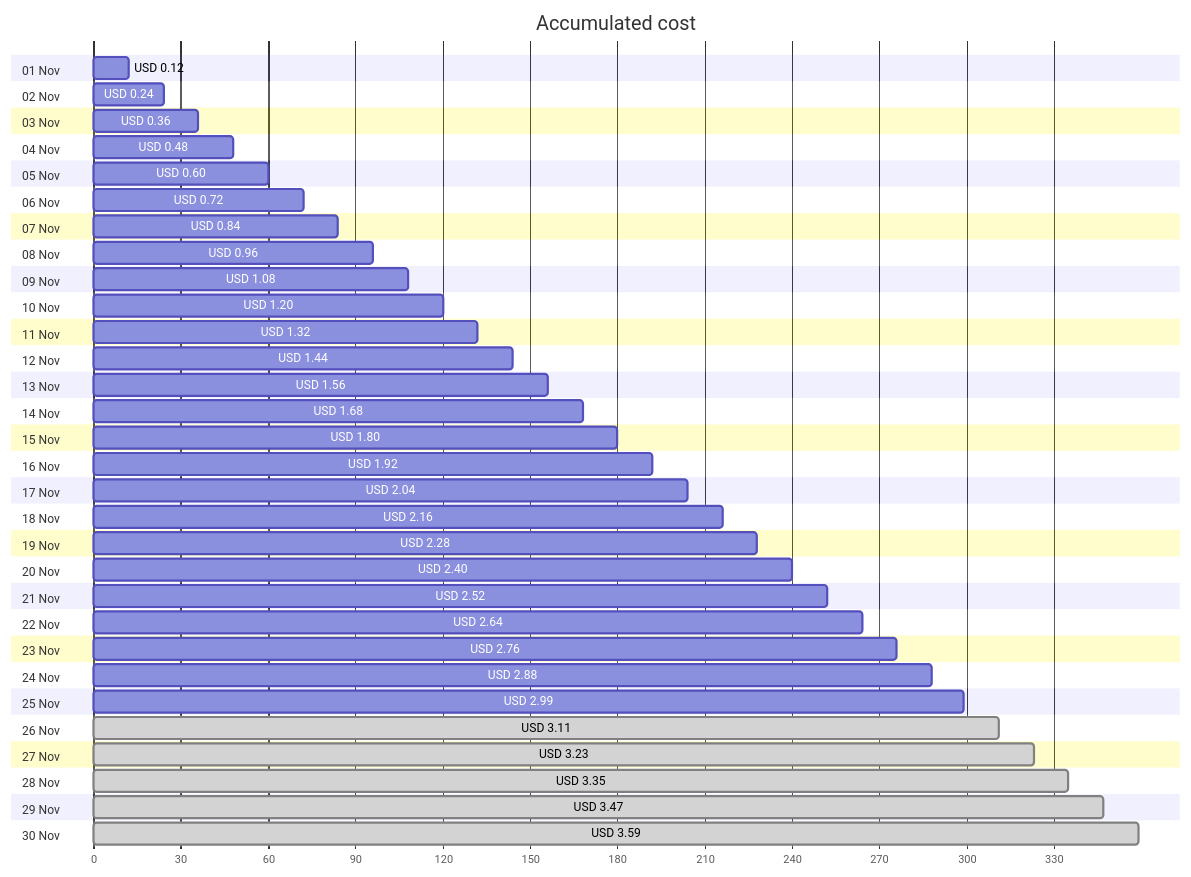
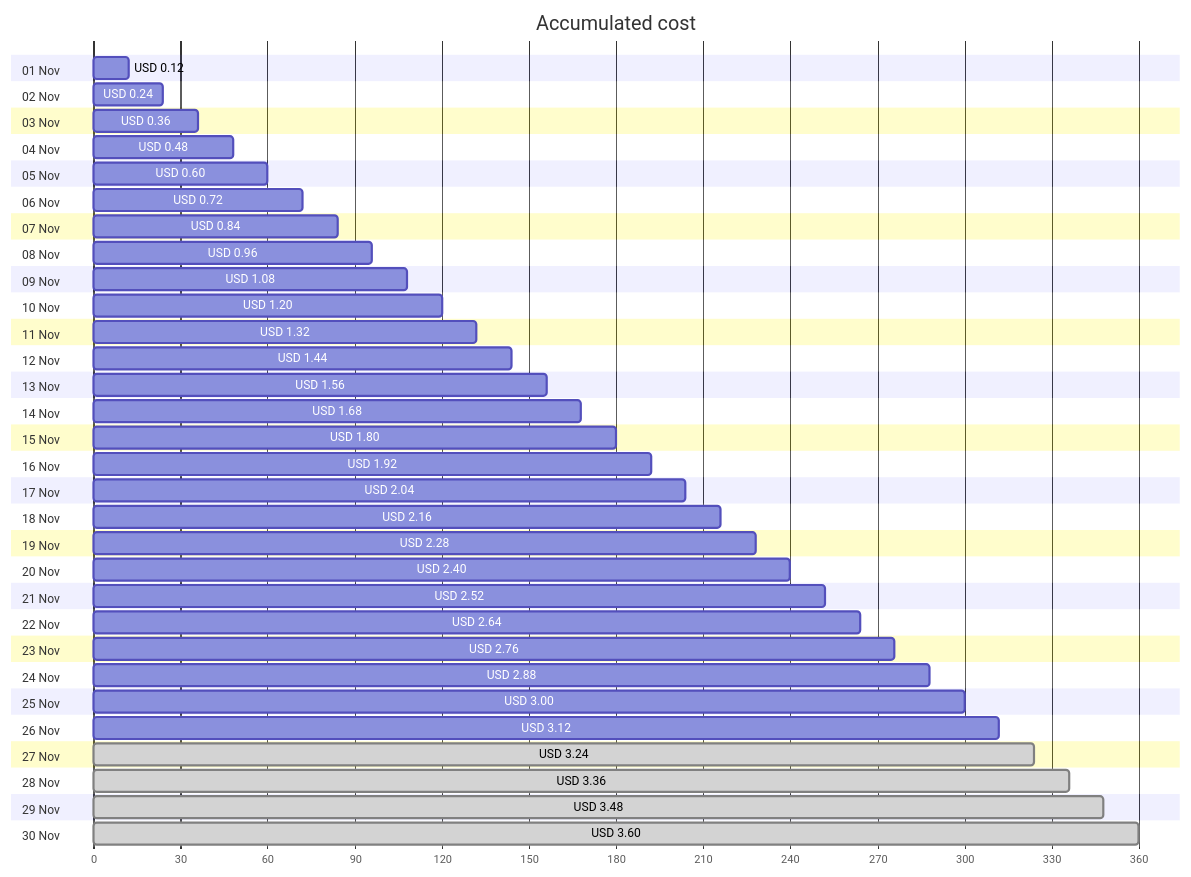
The first of 4 diagrams in cost-reports/personal-network/backup-server-public-ip.md (jpfulton/azure-personal-reports), drawn with Mermaid before and after one commit. The commit also changed other lines of this file and 8 other files, not shown here.

````diff
--- a/cost-reports/personal-network/backup-server-public-ip.md
+++ b/cost-reports/personal-network/backup-server-public-ip.md
@@ -20,66 +20,66 @@
 ```mermaid
 gantt
    title Accumulated cost
    dateFormat  X
    axisFormat %s
    section 01 Nov
    USD 0.12 :0, 12
    section 02 Nov
    USD 0.24 :0, 24
    section 03 Nov
    USD 0.36 :0, 36
    section 04 Nov
    USD 0.48 :0, 48
    section 05 Nov
    USD 0.60 :0, 60
    section 06 Nov
    USD 0.72 :0, 72
    section 07 Nov
    USD 0.84 :0, 84
    section 08 Nov
    USD 0.96 :0, 96
    section 09 Nov
    USD 1.08 :0, 108
    section 10 Nov
    USD 1.20 :0, 120
    section 11 Nov
    USD 1.32 :0, 132
    section 12 Nov
    USD 1.44 :0, 144
    section 13 Nov
    USD 1.56 :0, 156
    section 14 Nov
    USD 1.68 :0, 168
    section 15 Nov
    USD 1.80 :0, 180
    section 16 Nov
    USD 1.92 :0, 192
    section 17 Nov
    USD 2.04 :0, 204
    section 18 Nov
    USD 2.16 :0, 216
    section 19 Nov
    USD 2.28 :0, 228
    section 20 Nov
    USD 2.40 :0, 240
    section 21 Nov
    USD 2.52 :0, 252
    section 22 Nov
    USD 2.64 :0, 264
    section 23 Nov
    USD 2.76 :0, 276
    section 24 Nov
    USD 2.88 :0, 288
    section 25 Nov
-   USD 2.99 :0, 299
+   USD 3.00 :0, 300
    section 26 Nov
-   USD 3.11 : done, 0, 311
+   USD 3.12 :0, 312
    section 27 Nov
-   USD 3.23 : done, 0, 323
+   USD 3.24 : done, 0, 324
    section 28 Nov
-   USD 3.35 : done, 0, 335
+   USD 3.36 : done, 0, 336
    section 29 Nov
-   USD 3.47 : done, 0, 347
+   USD 3.48 : done, 0, 348
    section 30 Nov
-   USD 3.59 : done, 0, 359
+   USD 3.60 : done, 0, 360
 ```
````
